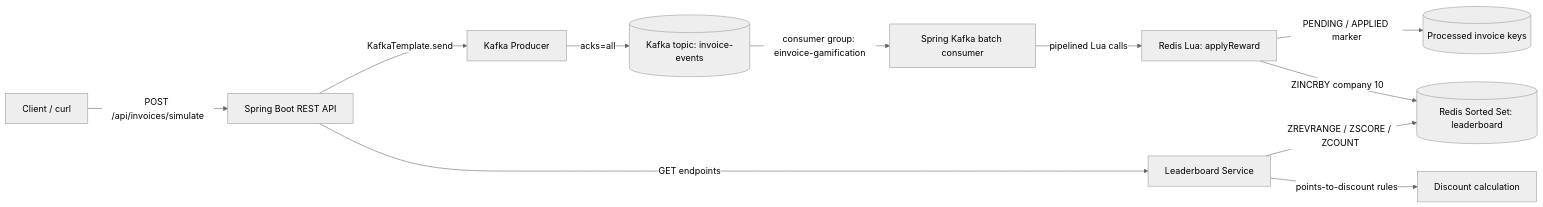
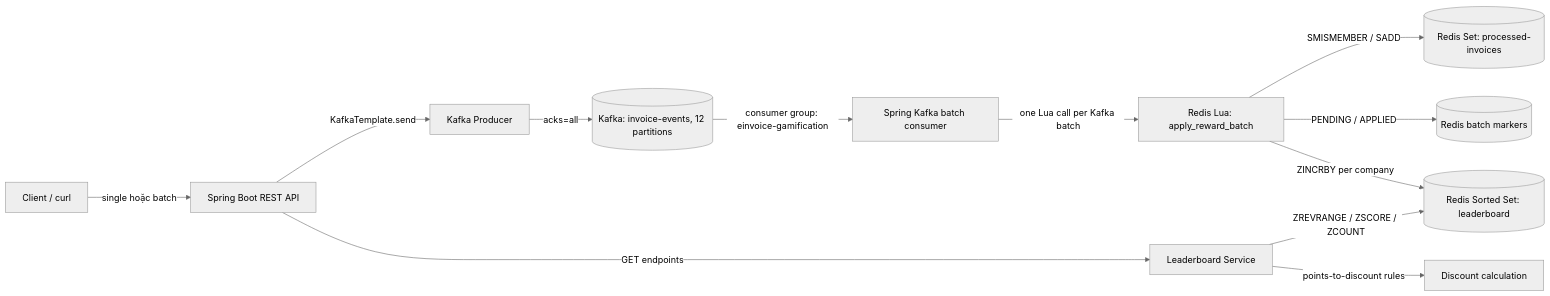
One commit to tonminhce/gamification changed the diagram in README.md. Above: the diagram before and after it, drawn with Mermaid (neutral theme). The commit also changed other lines of this file and 20 other files, not shown here.

First line of the commit message:
Add reviewed Stage 1 batch rewards and architecture roadmap

````diff
--- a/README.md
+++ b/README.md
@@ -9,13 +9,14 @@
 ```mermaid
 flowchart LR
-    C[Client / curl] -->|POST /api/invoices/simulate| API[Spring Boot REST API]
+    C[Client / curl] -->|single hoặc batch| API[Spring Boot REST API]
     API -->|KafkaTemplate.send| KP[Kafka Producer]
-    KP -->|acks=all| KT[(Kafka topic: invoice-events)]
+    KP -->|acks=all| KT[(Kafka: invoice-events, 12 partitions)]
     KT -->|consumer group: einvoice-gamification| KC[Spring Kafka batch consumer]
-    KC -->|pipelined Lua calls| LUA[Redis Lua: applyReward]
-    LUA -->|PENDING / APPLIED marker| ID[(Processed invoice keys)]
-    LUA -->|ZINCRBY company 10| ZS[(Redis Sorted Set: leaderboard)]
+    KC -->|one Lua call per Kafka batch| LUA[Redis Lua: apply_reward_batch]
+    LUA -->|SMISMEMBER / SADD| ID[(Redis Set: processed-invoices)]
+    LUA -->|PENDING / APPLIED| BM[(Redis batch markers)]
+    LUA -->|ZINCRBY per company| ZS[(Redis Sorted Set: leaderboard)]
     API -->|GET endpoints| LS[Leaderboard Service]
     LS -->|ZREVRANGE / ZSCORE / ZCOUNT| ZS
     LS -->|points-to-discount rules| D[Discount calculation]
 ```
````
